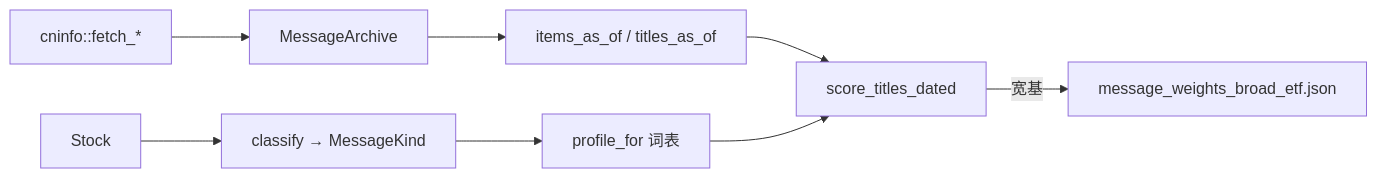
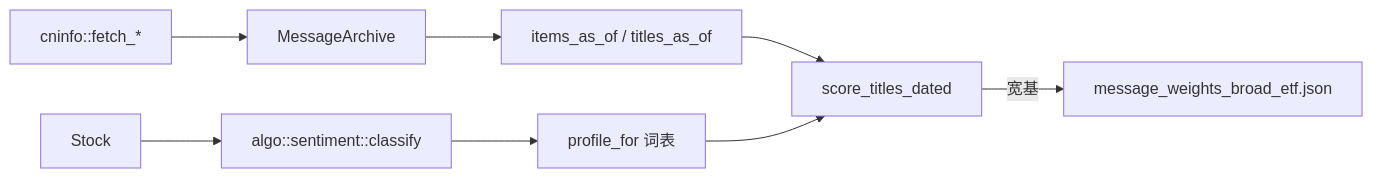
Before and after one commit to wuyanwen1997-wyw/stock-predict: diagram 16 of 18 in docs/软件设计说明.md, drawn with Mermaid. The commit also changed other lines of this file and 10 other files, not shown here.

````diff
--- a/docs/软件设计说明.md
+++ b/docs/软件设计说明.md
@@ -463,10 +529,10 @@
 ```mermaid
 flowchart LR
-    ST[Stock] --> CL[classify → MessageKind]
+    ST[Stock] --> CL[algo::sentiment::classify]
     CL --> PF[profile_for 词表]
     CN[cninfo::fetch_*] --> AR[MessageArchive]
     AR --> AS[items_as_of / titles_as_of]
     AS --> SC[score_titles_dated]
     PF --> SC
     SC -->|宽基| BW[message_weights_broad_etf.json]
 ```
````
